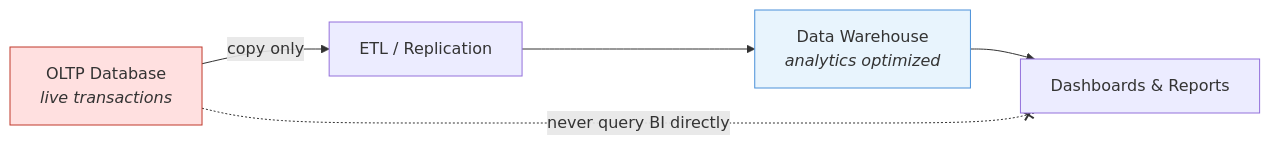
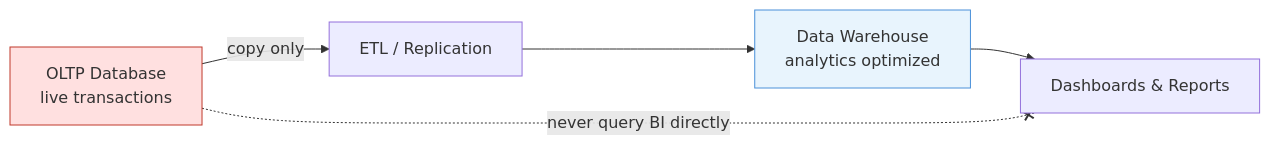
The sixth of 23 diagrams in data-architecture/data-warehouse.md (adnanrahin/adnanrahin.github.io), drawn with Mermaid before and after one commit. The commit also changed other lines of this file and 3 other files, not shown here.

Commit message:
updated the flowchart

````diff
--- a/data-architecture/data-warehouse.md
+++ b/data-architecture/data-warehouse.md
@@ -233,13 +229,13 @@
 ```mermaid
 flowchart LR
-    OLTP["OLTP Database<br/><i>live transactions</i>"]
+    OLTP["OLTP Database<br/>live transactions"]
     ETL["ETL / Replication"]
-    OLAP["Data Warehouse<br/><i>analytics optimized</i>"]
+    OLAP["Data Warehouse<br/>analytics optimized"]
     BI["Dashboards & Reports"]
 
     OLTP -->|"copy only"| ETL --> OLAP --> BI
     OLTP -.-x|"never query BI directly"| BI
 
     style OLTP fill:#FFE0E0,stroke:#C0392B
     style OLAP fill:#E8F4FD,stroke:#4A90D9
 ```
````
